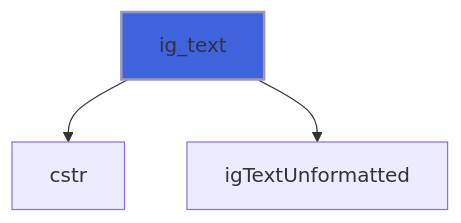
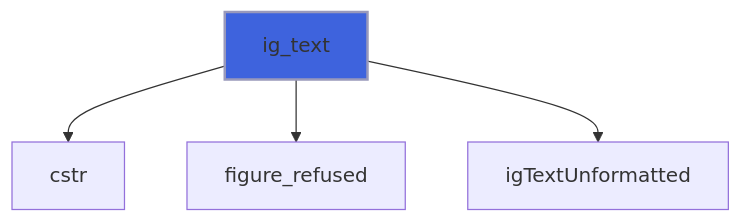
One commit to szaghi/figure changed the tenth of 39 diagrams in docs/api/src/lib/figure_imgui.md. Above: the diagram before and after it, drawn with Mermaid. The commit also changed other lines of this file and 10 other files, not shown here.

````diff
--- a/docs/api/src/lib/figure_imgui.md
+++ b/docs/api/src/lib/figure_imgui.md
@@ -323,6 +339,7 @@
 ```mermaid
 flowchart TD
   ig_text["ig_text"] --> cstr["cstr"]
+  ig_text["ig_text"] --> figure_refused["figure_refused"]
   ig_text["ig_text"] --> igTextUnformatted["igTextUnformatted"]
   style ig_text fill:#3e63dd,stroke:#99b,stroke-width:2px
 ```
````
